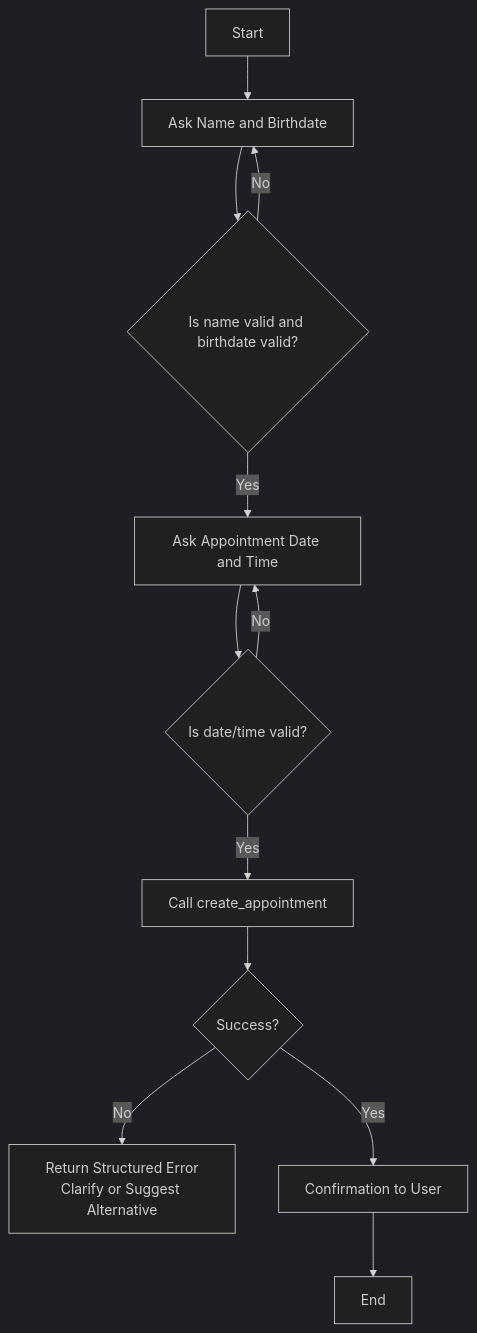
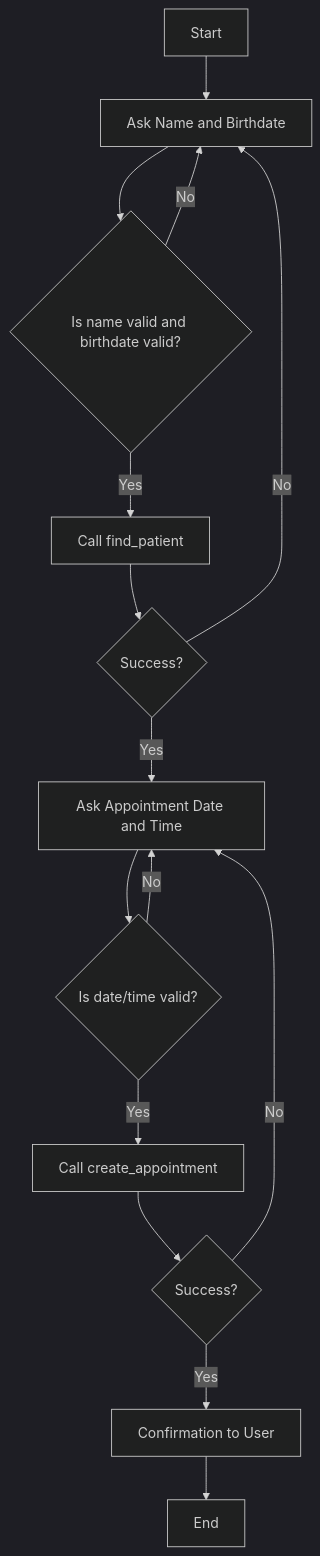
Before and after one commit to NoelDNathan/prosper-challenge: the diagram in docs/Solution.md, drawn with Mermaid (dark theme).

Commit message:
Updated the flowchart in the Solution document to improve clarity and flow of the appointment scheduling process, ensuring better user understanding of the interaction steps.

````diff
--- a/docs/Solution.md
+++ b/docs/Solution.md
@@ -36,20 +36,22 @@
 ```mermaid
 flowchart TD
-    A[Start] --> B[Ask Name and Birthdate]
+   A[Start] --> B[Ask Name and Birthdate]
 
-    B --> C{Is name valid and birthdate valid?}
-    C -- No --> B
-    C -- Yes --> F[Ask Appointment Date and Time]
+B --> C{Is name valid and birthdate valid?}
+C -- No --> B
+C -- Yes --> D[Call find_patient]
 
-    
-    
-    F --> G{Is date/time valid?}
-    G -- No --> F
-    G -- Yes --> H[Call create_appointment]
+D --> E{Success?}
+E -- No --> B
+E -- Yes --> F[Ask Appointment Date and Time]
 
-    H --> I{Success?}
-    I -- No --> J[Return Structured Error<br/>Clarify or Suggest Alternative]
-    I -- Yes --> K[Confirmation to User]
+F --> G{Is date/time valid?}
+G -- No --> F
+G -- Yes --> H[Call create_appointment]
 
-    K --> L[End]
+H --> I{Success?}
+I -- No --> F
+I -- Yes --> K[Confirmation to User]
+
+K --> L[End]
 ```
````
